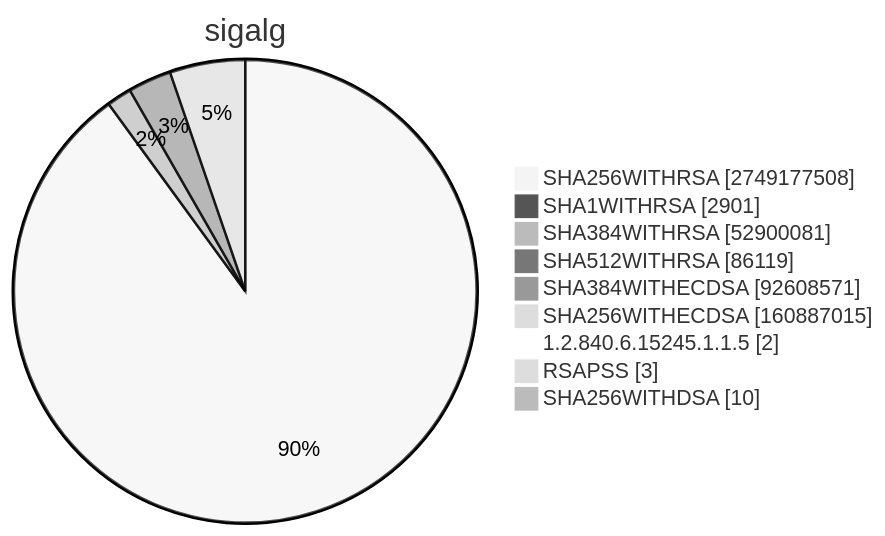
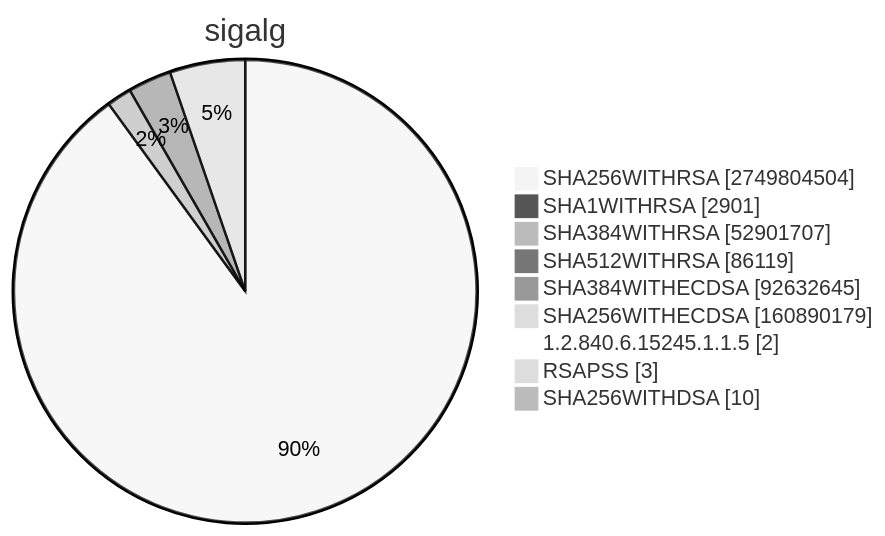
Diagram 15 of 15 in TOTAL/README.md (christiankrug/ctmonitor_visualization), drawn with Mermaid (neutral theme) before and after one commit. The commit also changed other lines of this file, not shown here.

````diff
--- a/TOTAL/README.md
+++ b/TOTAL/README.md
@@ -6206,13 +6206,13 @@
 ```mermaid
 pie showData
 title sigalg
-"SHA256WITHRSA" :2749177508
+"SHA256WITHRSA" :2749804504
 "SHA1WITHRSA" :2901
-"SHA384WITHRSA" :52900081
+"SHA384WITHRSA" :52901707
 "SHA512WITHRSA" :86119
-"SHA384WITHECDSA" :92608571
-"SHA256WITHECDSA" :160887015
+"SHA384WITHECDSA" :92632645
+"SHA256WITHECDSA" :160890179
 "1.2.840.6.15245.1.1.5" :2
 "RSAPSS" :3
 "SHA256WITHDSA" :10
 ```
````
